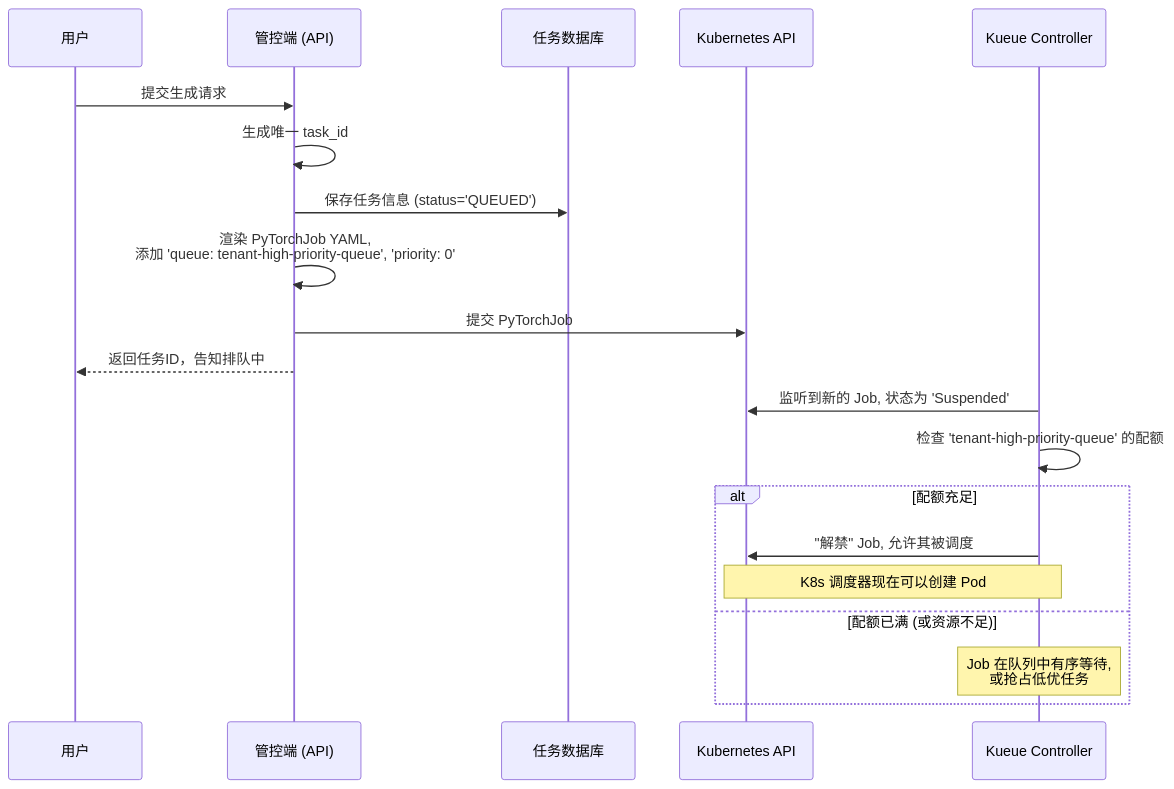
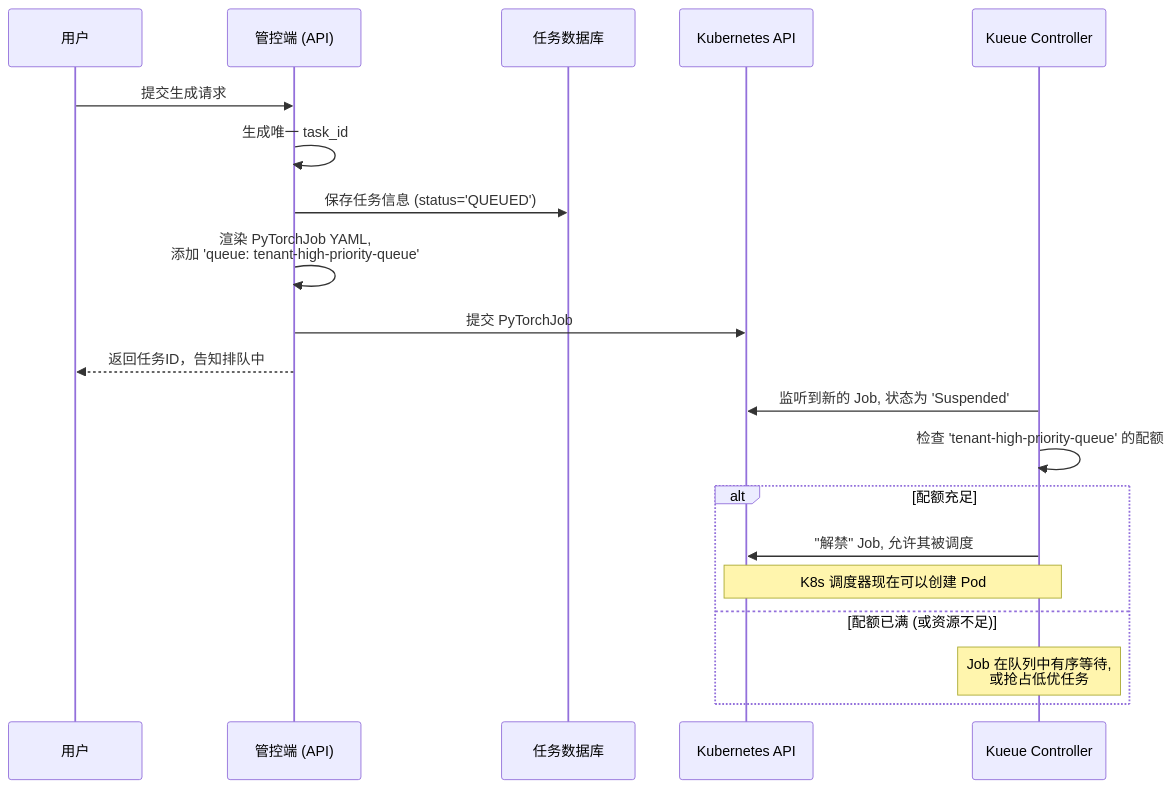
Before and after one commit to xiaolin8/Wan2.2: the first of 2 diagrams in 体验中心—后端架构.md, drawn with Mermaid. The commit also changed other lines of this file and 2 other files, not shown here.

````diff
--- a/体验中心—后端架构.md
+++ b/体验中心—后端架构.md
@@ -418,24 +609,24 @@
 ```mermaid
 sequenceDiagram
     participant User as 用户
     participant Controller as 管控端 (API)
     participant Database as 任务数据库
     participant K8sAPI as Kubernetes API
     participant Kueue as Kueue Controller
 
     User->>Controller: 提交生成请求
     Controller->>Controller: 生成唯一 task_id
     Controller->>Database: 保存任务信息 (status='QUEUED')
-    Controller->>Controller: 渲染 PyTorchJob YAML, <br/>添加 'queue: tenant-high-priority-queue', 'priority: 0'
+    Controller->>Controller: 渲染 PyTorchJob YAML, <br/>添加 'queue: tenant-high-priority-queue'
     Controller->>K8sAPI: 提交 PyTorchJob
     Controller-->>User: 返回任务ID，告知排队中
 
     Kueue->>K8sAPI: 监听到新的 Job, 状态为 'Suspended'
     Kueue->>Kueue: 检查 'tenant-high-priority-queue' 的配额
     alt 配额充足
         Kueue->>K8sAPI: "解禁" Job, 允许其被调度
         Note over K8sAPI, Kueue: K8s 调度器现在可以创建 Pod
     else 配额已满 (或资源不足)
         Note over Kueue: Job 在队列中有序等待, <br/>或抢占低优任务
     end
 ```
````
